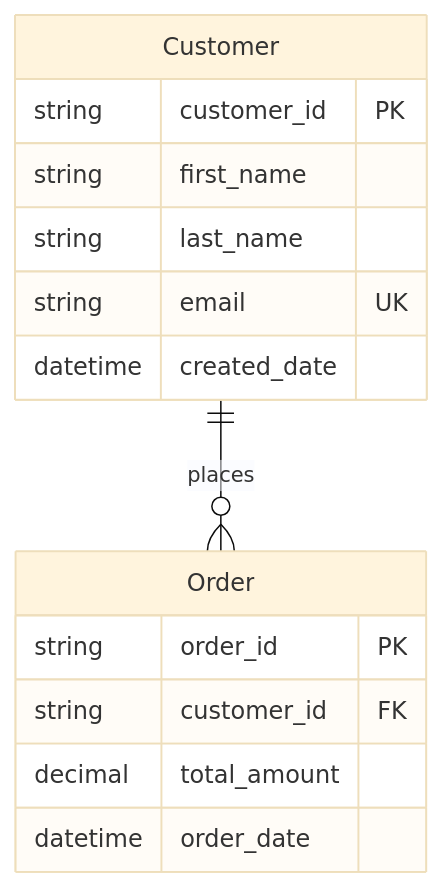
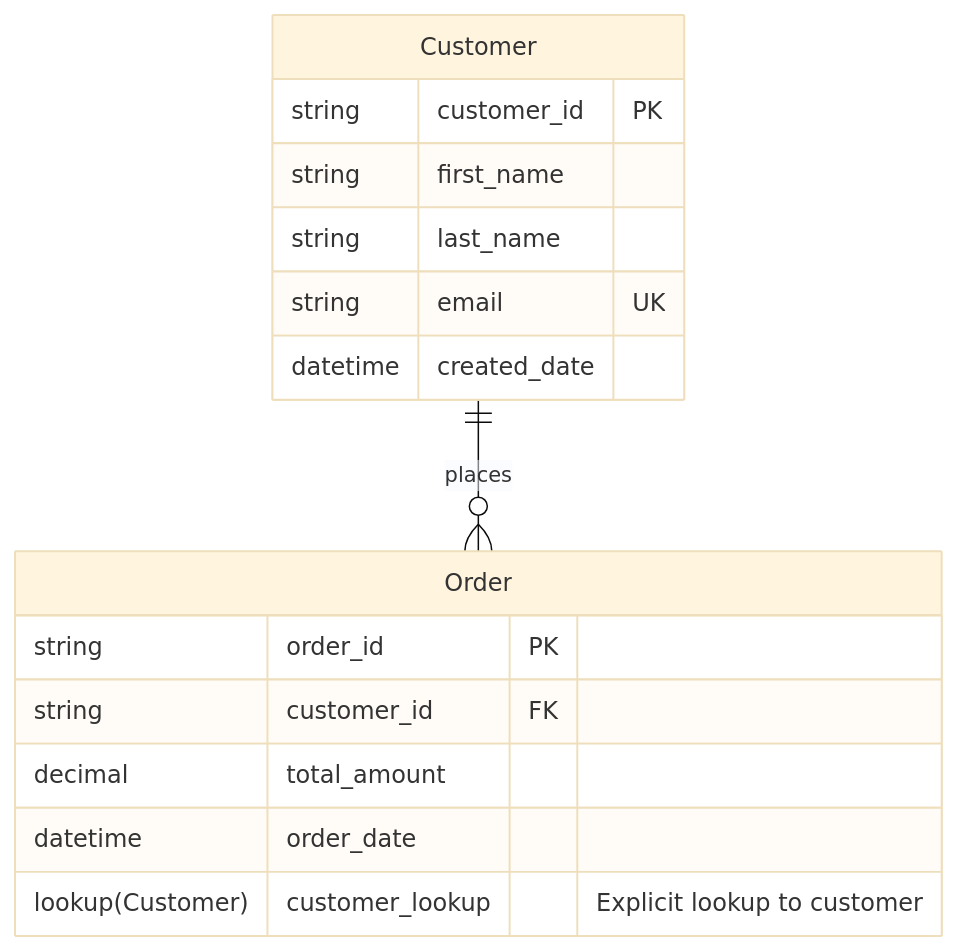
Before and after one commit to LuiseFreese/mermaid: the diagram in README.md, drawn with Mermaid (base theme). The commit also changed other lines of this file and 11 other files, not shown here.

````diff
--- a/README.md
+++ b/README.md
@@ -80,19 +80,20 @@
 ```mermaid
 erDiagram
     Customer {
         string customer_id PK
         string first_name
         string last_name
         string email UK
         datetime created_date
     }
     
     Order {
         string order_id PK
         string customer_id FK
         decimal total_amount
         datetime order_date
+        lookup(Customer) customer_lookup "Explicit lookup to customer"
     }
     
     Customer ||--o{ Order : places
 ```
````
